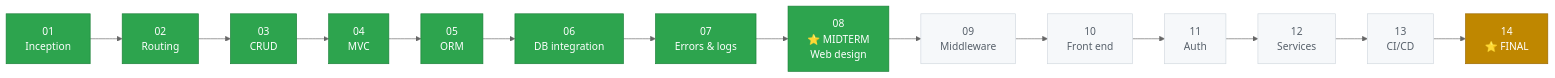
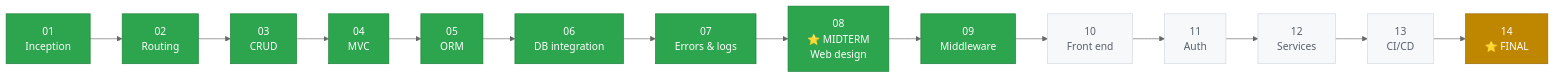
One commit to gulnihalarikaymak/alumni changed diagram 12 of 14 in README.md. Above: the diagram before and after it, drawn with Mermaid (neutral theme). The commit also changed other lines of this file and 1 other file, not shown here.

First line of the commit message:
docs(readme): add the auth section and close week 9

````diff
--- a/README.md
+++ b/README.md
@@ -537,9 +610,9 @@
 ```mermaid
 flowchart LR
     W1["01<br/>Inception"]:::done --> W2["02<br/>Routing"]:::done --> W3["03<br/>CRUD"]:::done --> W4["04<br/>MVC"]:::done --> W5["05<br/>ORM"]:::done --> W6["06<br/>DB integration"]:::done --> W7["07<br/>Errors & logs"]:::done
-    W7 --> W8["08<br/>⭐ MIDTERM<br/>Web design"]:::done --> W9["09<br/>Middleware"]:::todo --> W10["10<br/>Front end"]:::todo --> W11["11<br/>Auth"]:::todo --> W12["12<br/>Services"]:::todo --> W13["13<br/>CI/CD"]:::todo --> W14["14<br/>⭐ FINAL"]:::exam
+    W7 --> W8["08<br/>⭐ MIDTERM<br/>Web design"]:::done --> W9["09<br/>Middleware"]:::done --> W10["10<br/>Front end"]:::todo --> W11["11<br/>Auth"]:::todo --> W12["12<br/>Services"]:::todo --> W13["13<br/>CI/CD"]:::todo --> W14["14<br/>⭐ FINAL"]:::exam
 
     classDef done fill:#2da44e,color:#fff,stroke:#1a7f37
     classDef todo fill:#f6f8fa,color:#57606a,stroke:#d0d7de
     classDef exam fill:#bf8700,color:#fff,stroke:#9a6700
 ```
````
